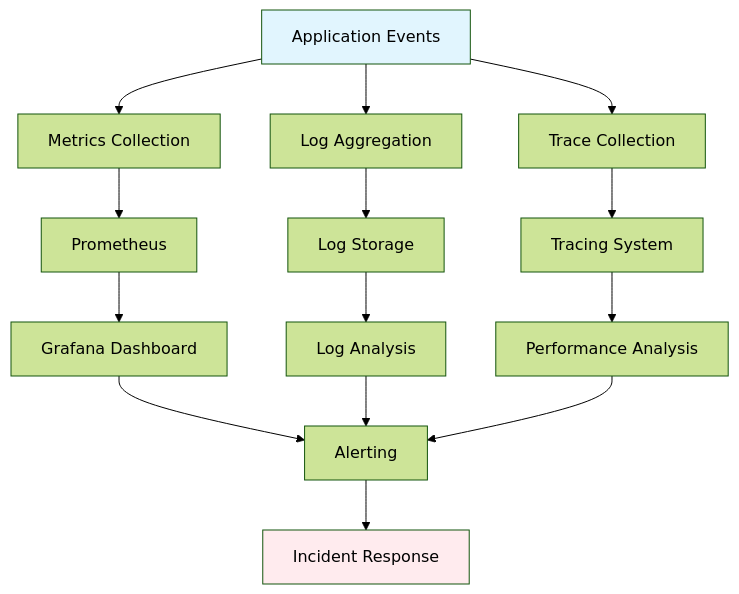
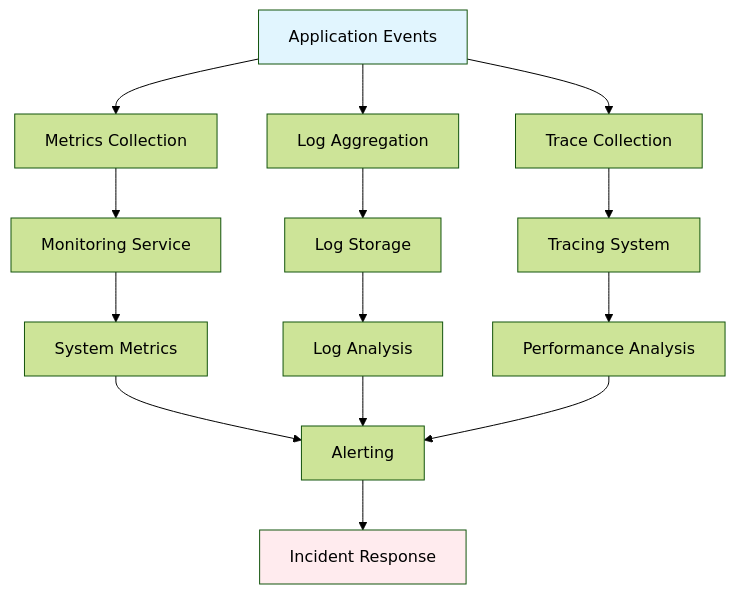
The ninth of 10 diagrams in docs/FLOW_DIAGRAMS.md (AutomatosAI/automatos-ai), drawn with Mermaid (forest theme) before and after one commit. The commit also changed 170 other files, not shown here.

````diff
--- a/docs/FLOW_DIAGRAMS.md
+++ b/docs/FLOW_DIAGRAMS.md
@@ -297,23 +297,23 @@
 ```mermaid
 graph TD
     A[Application Events] --> B[Metrics Collection]
     A --> C[Log Aggregation]
     A --> D[Trace Collection]
     
-    B --> E[Prometheus]
+    B --> E[Monitoring Service]
     C --> F[Log Storage]
     D --> G[Tracing System]
     
-    E --> H[Grafana Dashboard]
+    E --> H[System Metrics]
     F --> I[Log Analysis]
     G --> J[Performance Analysis]
     
     H --> K[Alerting]
     I --> K
     J --> K
     
     K --> L[Incident Response]
     
     style A fill:#e1f5fe
     style L fill:#ffebee
 ```
````
